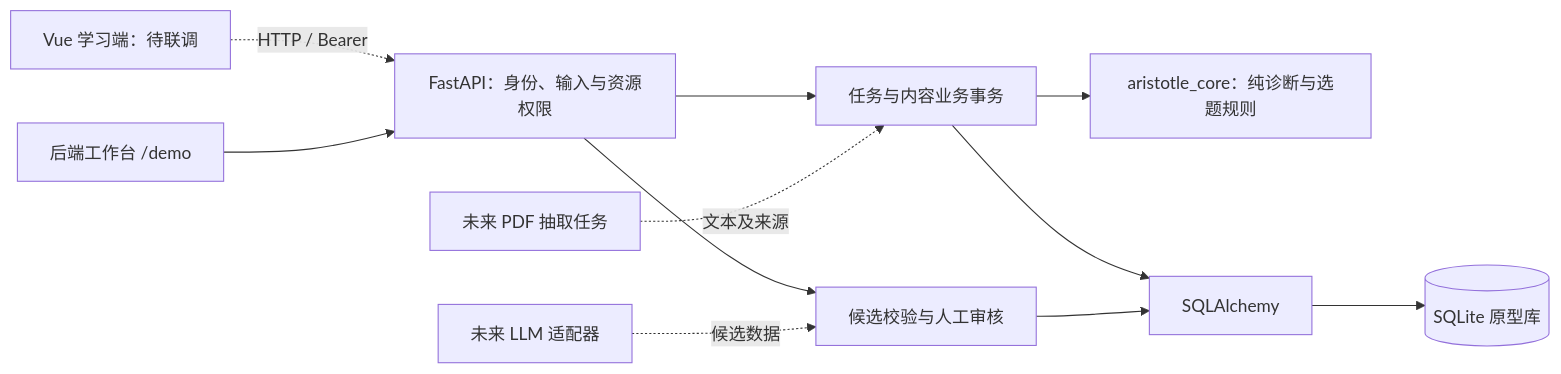
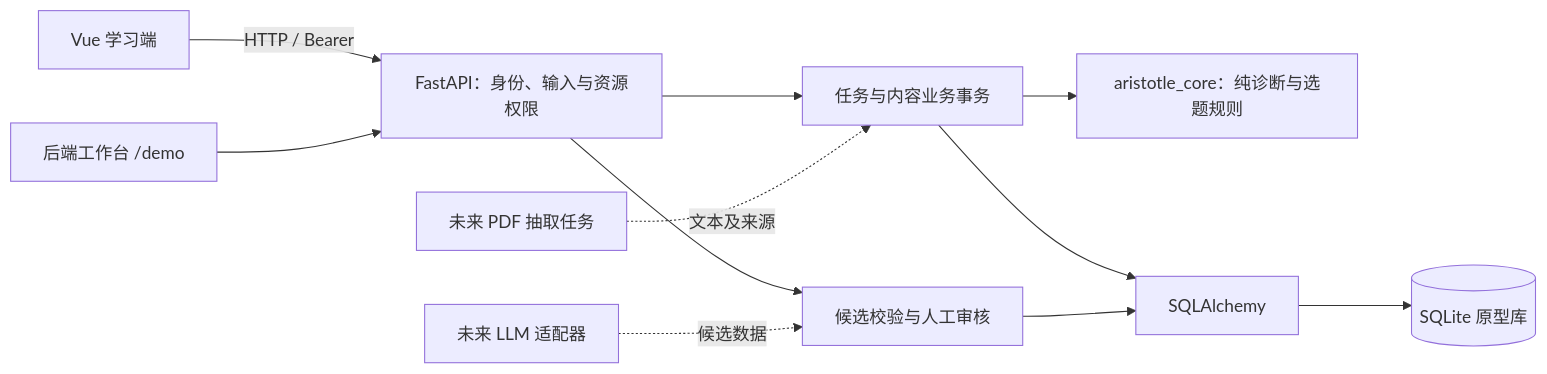
Before and after one commit to AbracaSora/Aristotle: the diagram in docs/software/backend_technical_proposal.md, drawn with Mermaid. The commit also changed other lines of this file and 27 other files, not shown here.

Commit message:
feat: connect Vue learning frontend to backend API

````diff
--- a/docs/software/backend_technical_proposal.md
+++ b/docs/software/backend_technical_proposal.md
@@ -35,13 +35,13 @@
 ```mermaid
 flowchart LR
-    Vue[Vue 学习端：待联调] -. HTTP / Bearer .-> API
+    Vue[Vue 学习端] -->|HTTP / Bearer| API
     Demo[后端工作台 /demo] --> API[FastAPI：身份、输入与资源权限]
     API --> Learn[任务与内容业务事务]
     Learn --> Core[aristotle_core：纯诊断与选题规则]
     Learn --> ORM[SQLAlchemy]
     ORM --> DB[(SQLite 原型库)]
     API --> Review[候选校验与人工审核]
     Review --> ORM
     Provider[未来 LLM 适配器] -. 候选数据 .-> Review
     PDF[未来 PDF 抽取任务] -. 文本及来源 .-> Learn
 ```
````
